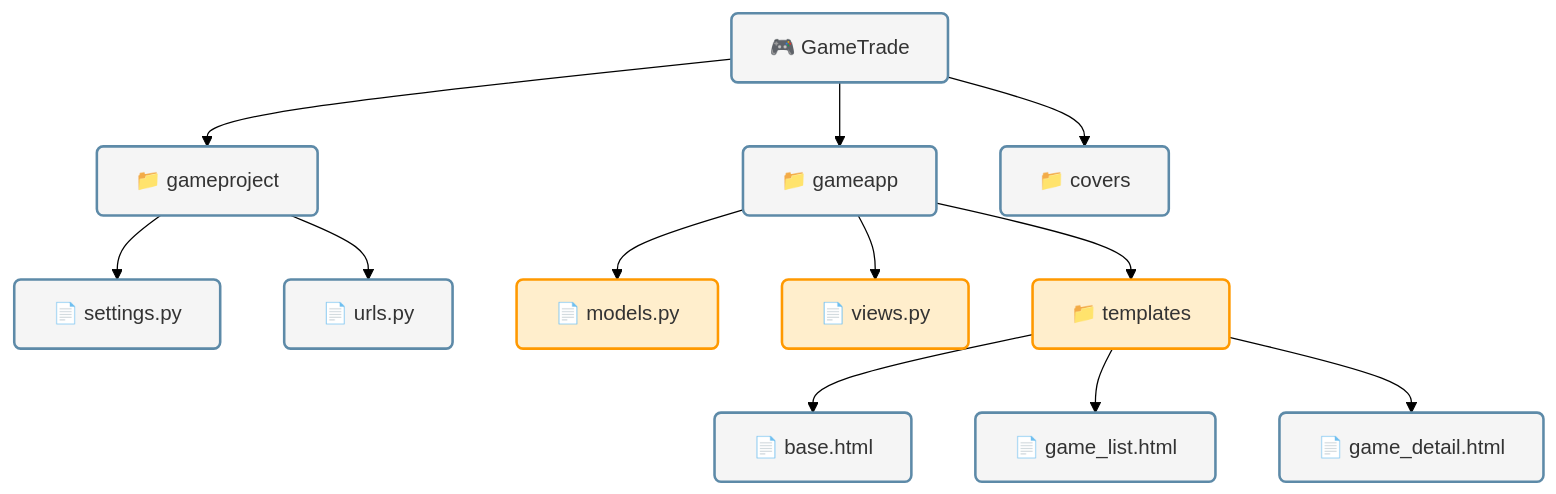
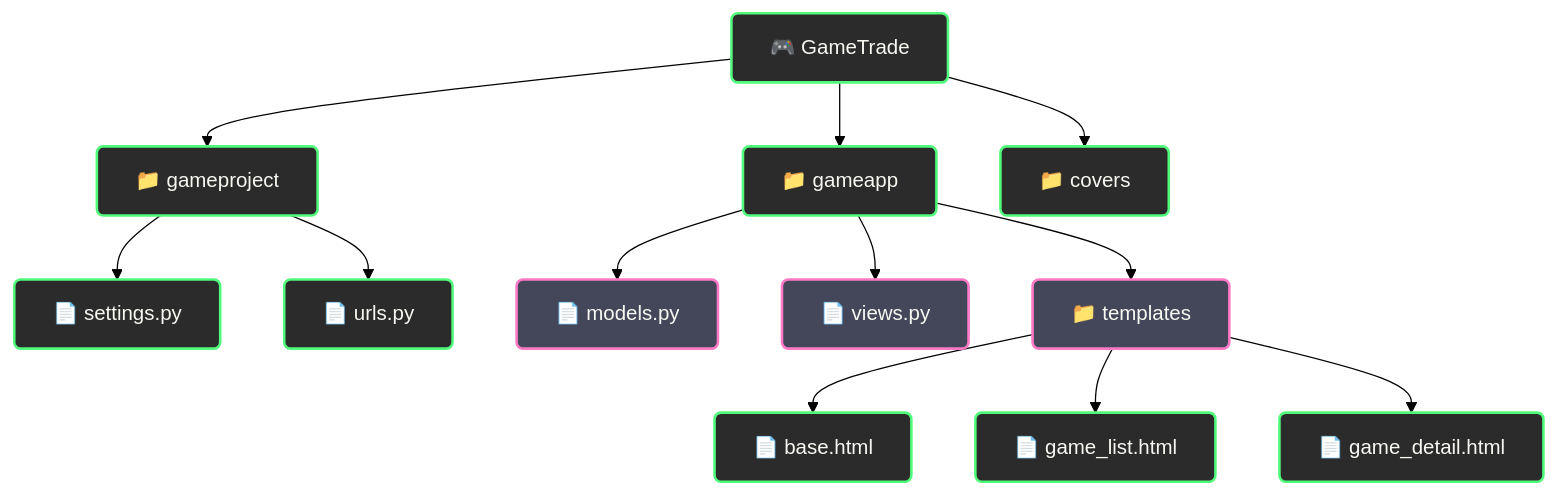
The diagram in README.md (reazonvan/gameproject), drawn with Mermaid (forest theme) before and after one commit. The commit also changed other lines of this file, not shown here.

````diff
--- a/README.md
+++ b/README.md
@@ -199,23 +247,23 @@
 ```mermaid
 flowchart TD
     A["🎮 GameTrade"] --> B["📁 gameproject"]
     A --> C["📁 gameapp"]
     A --> D["📁 covers"]
     
     B --> B1["📄 settings.py"]
     B --> B2["📄 urls.py"]
     
     C --> C1["📄 models.py"]
     C --> C2["📄 views.py"]
     C --> C3["📁 templates"]
     
     C3 --> C31["📄 base.html"]
     C3 --> C32["📄 game_list.html"]
     C3 --> C33["📄 game_detail.html"]
     
-    classDef default fill:#f5f5f5,stroke:#5d8aa8,stroke-width:2px,color:#333,rx:5px
-    classDef special fill:#ffeecc,stroke:#ff9900,stroke-width:2px,color:#333,rx:5px
+    classDef default fill:#2b2b2b,stroke:#50fa7b,stroke-width:2px,color:#f8f8f2,rx:5px
+    classDef special fill:#44475a,stroke:#ff79c6,stroke-width:2px,color:#f8f8f2,rx:5px
     
     class A,B,C default
     class C1,C2,C3 special
 ```
````
